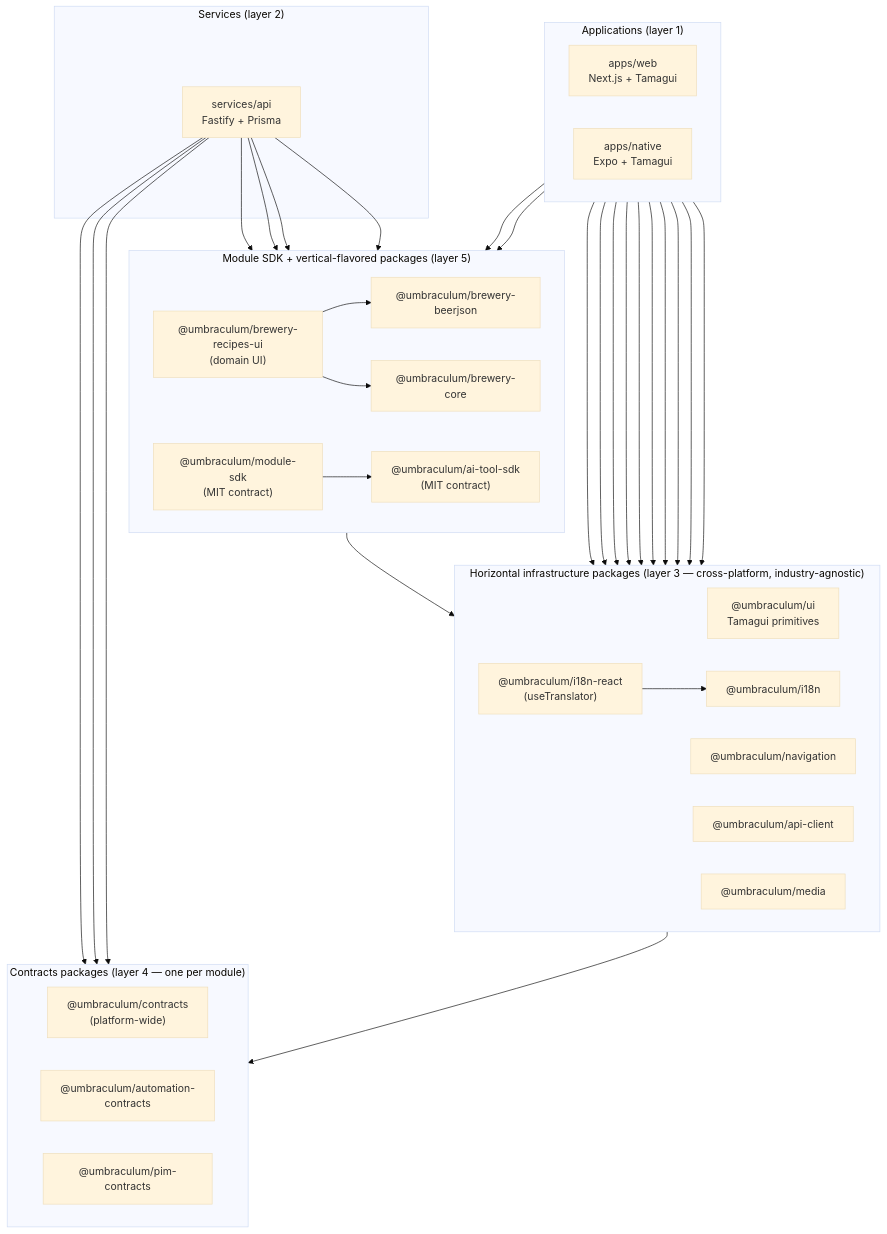
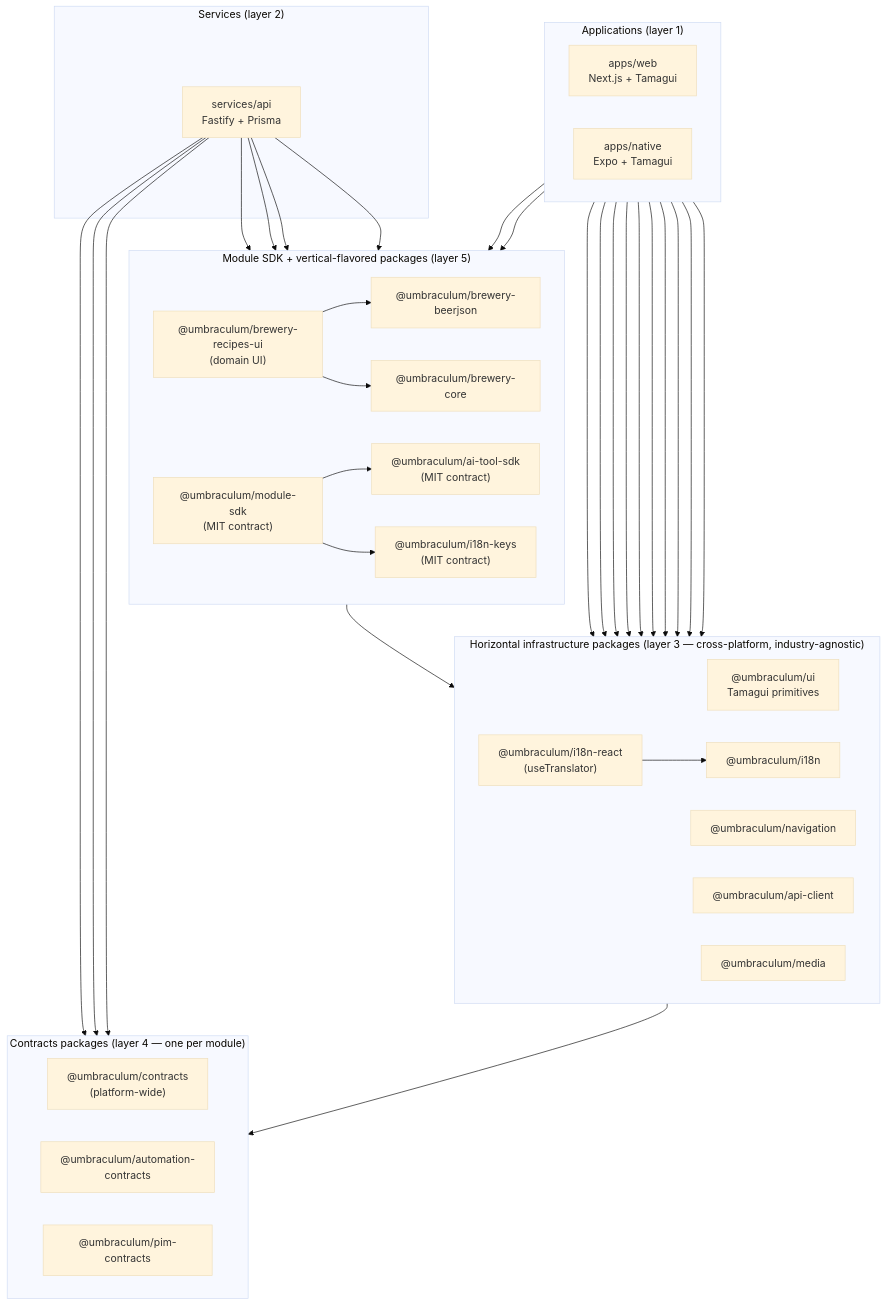
Before and after one commit to umbraculum-dev/umbraculum-dev: the diagram in docs/REPOSITORY-STRUCTURE.md, drawn with Mermaid (base theme). The commit also changed other lines of this file and 28 other files, not shown here.

First line of the commit message:
feat(packages): add @umbraculum/i18n-keys SDK and wire ModuleNavLabelKey into module-sdk

````diff
--- a/docs/REPOSITORY-STRUCTURE.md
+++ b/docs/REPOSITORY-STRUCTURE.md
@@ -130,69 +131,71 @@
 ```mermaid
 graph TB
   subgraph apps_tier["Applications (layer 1)"]
     direction LR
     web["apps/web<br/>Next.js + Tamagui"]
     native["apps/native<br/>Expo + Tamagui"]
   end
 
   subgraph svc_tier["Services (layer 2)"]
     api["services/api<br/>Fastify + Prisma"]
   end
 
   subgraph cp_tier["Horizontal infrastructure packages (layer 3 — cross-platform, industry-agnostic)"]
     direction LR
     ui["@umbraculum/ui<br/>Tamagui primitives"]
     nav["@umbraculum/navigation"]
     i18nr["@umbraculum/i18n-react<br/>(useTranslator)"]
     i18n["@umbraculum/i18n"]
     apic["@umbraculum/api-client"]
     media["@umbraculum/media"]
   end
 
   subgraph cn_tier["Contracts packages (layer 4 — one per module)"]
     direction LR
     cont["@umbraculum/contracts<br/>(platform-wide)"]
     autoc["@umbraculum/automation-contracts"]
     pimc["@umbraculum/pim-contracts"]
   end
 
   subgraph mod_tier["Module SDK + vertical-flavored packages (layer 5)"]
     direction LR
     sdk["@umbraculum/module-sdk<br/>(MIT contract)"]
     atsdk["@umbraculum/ai-tool-sdk<br/>(MIT contract)"]
+    i18nkeys["@umbraculum/i18n-keys<br/>(MIT contract)"]
     bcore["@umbraculum/brewery-core"]
     bjson["@umbraculum/brewery-beerjson"]
     brui["@umbraculum/brewery-recipes-ui<br/>(domain UI)"]
   end
 
   web --> ui
   web --> nav
   web --> i18nr
   web --> apic
   web --> media
   web --> brui
 
   native --> ui
   native --> nav
   native --> i18nr
   native --> apic
   native --> media
   native --> brui
 
   brui --> ui
   brui --> bjson
   brui --> bcore
 
   i18nr --> i18n
   apic --> cont
 
   api --> cont
   api --> autoc
   api --> pimc
   api --> sdk
   api --> atsdk
   api --> bcore
   api --> bjson
 
   sdk --> atsdk
+  sdk --> i18nkeys
 ```
````
